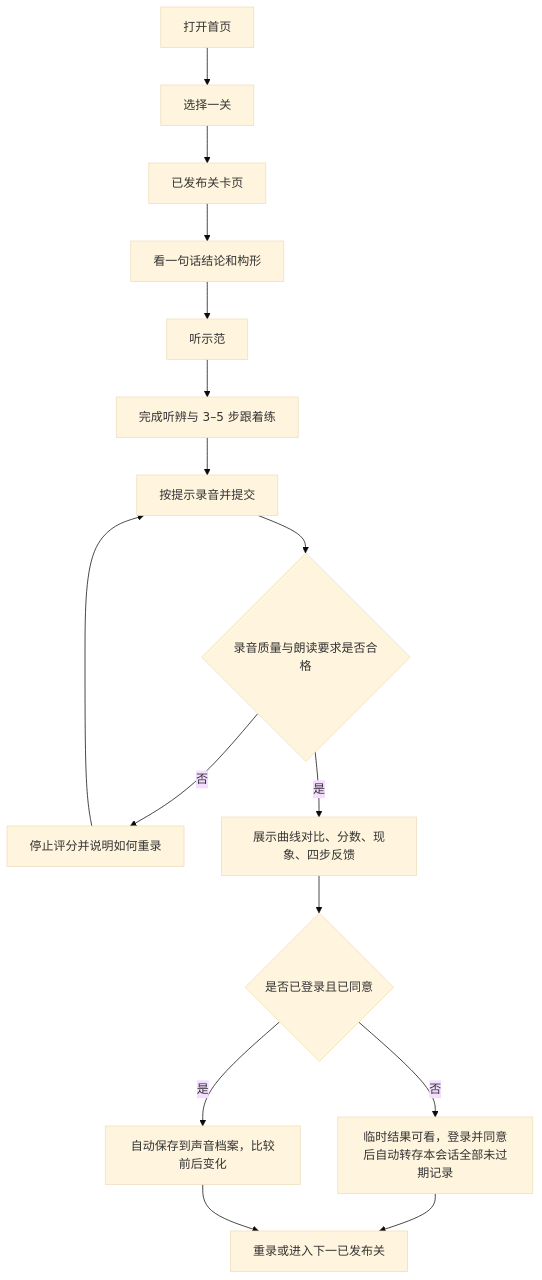
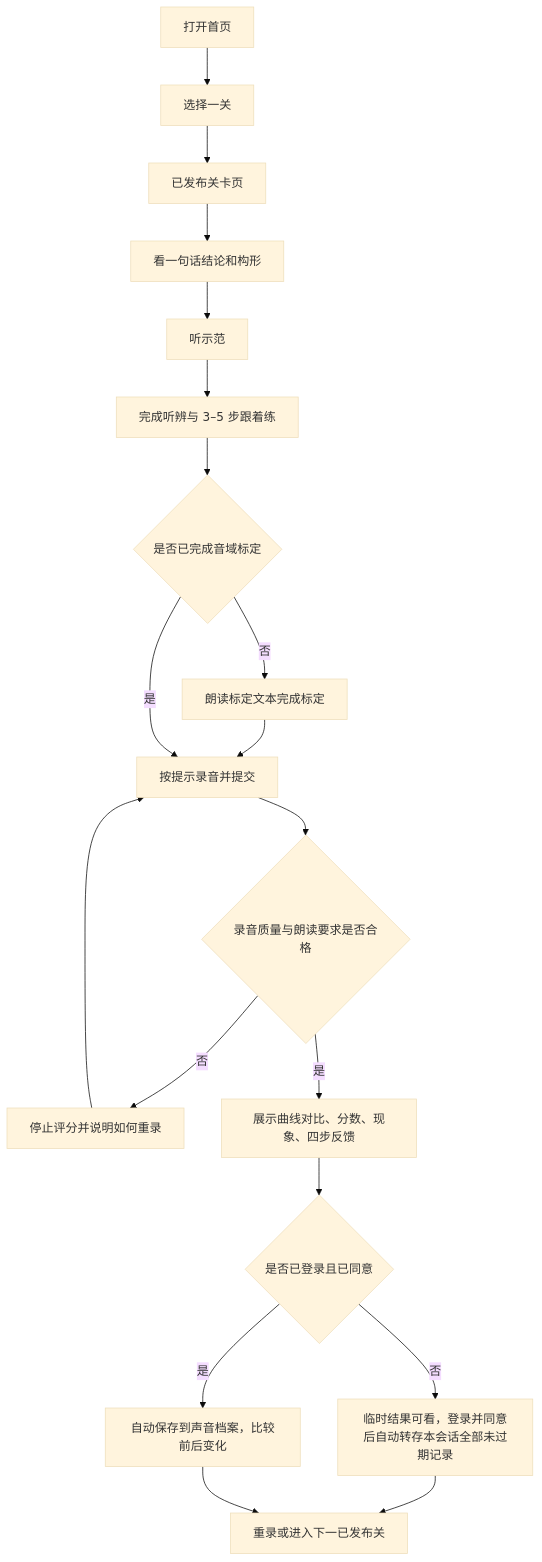
One commit to teke123/sound-visualizer-learning- changed the diagram in docs/srs/README.md. Above: the diagram before and after it, drawn with Mermaid (base theme). The commit also changed other lines of this file and 14 other files, not shown here.

````diff
--- a/docs/srs/README.md
+++ b/docs/srs/README.md
@@ -48,18 +54,21 @@
 ```mermaid
 flowchart TD
     A[打开首页] --> B[选择一关]
     B --> C[已发布关卡页]
     C --> D[看一句话结论和构形]
     D --> E[听示范]
     E --> F[完成听辨与 3–5 步跟着练]
-    F --> I[按提示录音并提交]
+    F --> G{是否已完成音域标定}
+    G -- 否 --> H[朗读标定文本完成标定]
+    H --> I[按提示录音并提交]
+    G -- 是 --> I
     I --> J{录音质量与朗读要求是否合格}
     J -- 否 --> K[停止评分并说明如何重录]
     K --> I
     J -- 是 --> L[展示曲线对比、分数、现象、四步反馈]
     L --> N{是否已登录且已同意}
     N -- 否 --> O[临时结果可看，登录并同意后自动转存本会话全部未过期记录]
     N -- 是 --> P[自动保存到声音档案，比较前后变化]
     O --> M[重录或进入下一已发布关]
     P --> M
 ```
````
